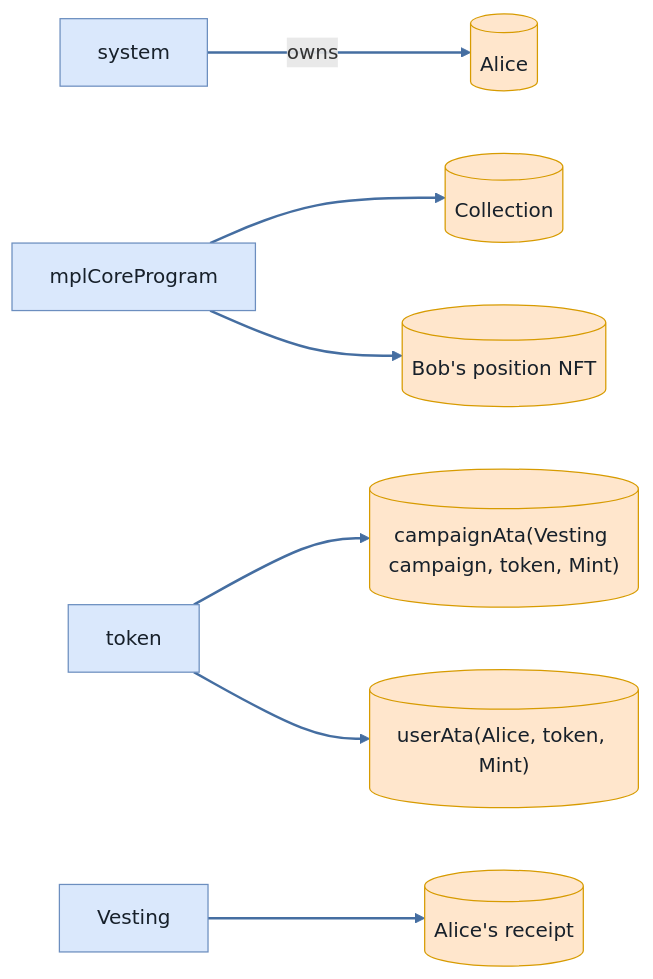
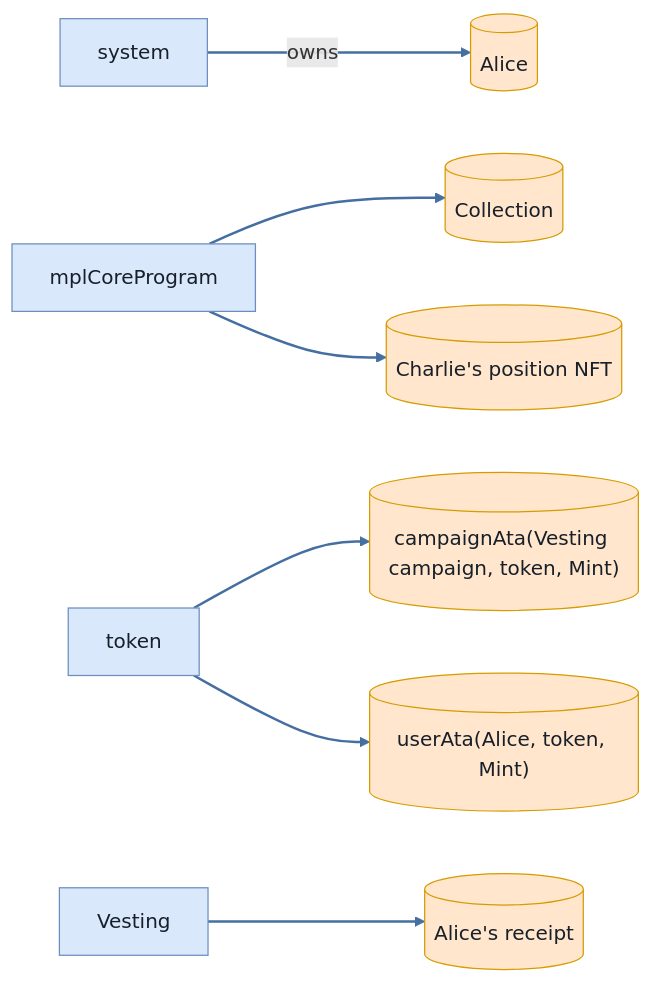
Diagram 36 of 36 in md-reports-babelfish/full_lifecycle.md (cds-turbin3/vesting-position), drawn with Mermaid before and after one commit. The commit also changed other lines of this file and 62 other files, not shown here.

````diff
--- a/md-reports-babelfish/full_lifecycle.md
+++ b/md-reports-babelfish/full_lifecycle.md
@@ -1386,23 +1386,23 @@
 ```mermaid
 flowchart LR
     system["system"]:::program
     Alice[("Alice")]:::state
     mplCoreProgram["mplCoreProgram"]:::program
     Collection[("Collection")]:::state
     token["token"]:::program
     campaignAtaVestingcampaigntokenMint[("campaignAta(Vesting campaign, token, Mint)")]:::state
     userAtaAlicetokenMint[("userAta(Alice, token, Mint)")]:::state
-    BobspositionNFT[("Bob's position NFT")]:::state
+    CharliespositionNFT[("Charlie's position NFT")]:::state
     Vesting["Vesting"]:::program
     Alicesreceipt[("Alice's receipt")]:::state
     system -->|owns| Alice
     mplCoreProgram --> Collection
     token --> campaignAtaVestingcampaigntokenMint
     token --> userAtaAlicetokenMint
-    mplCoreProgram --> BobspositionNFT
+    mplCoreProgram --> CharliespositionNFT
     Vesting --> Alicesreceipt
     classDef program fill:#dae8fc,stroke:#6c8ebf,color:#17202a;
     classDef signer fill:#d5e8d4,stroke:#82b366,color:#17202a;
     classDef state fill:#ffe6cc,stroke:#d79b00,color:#17202a;
     linkStyle 0,1,2,3,4,5 stroke:#456ea1,stroke-width:2px
 ```
````
